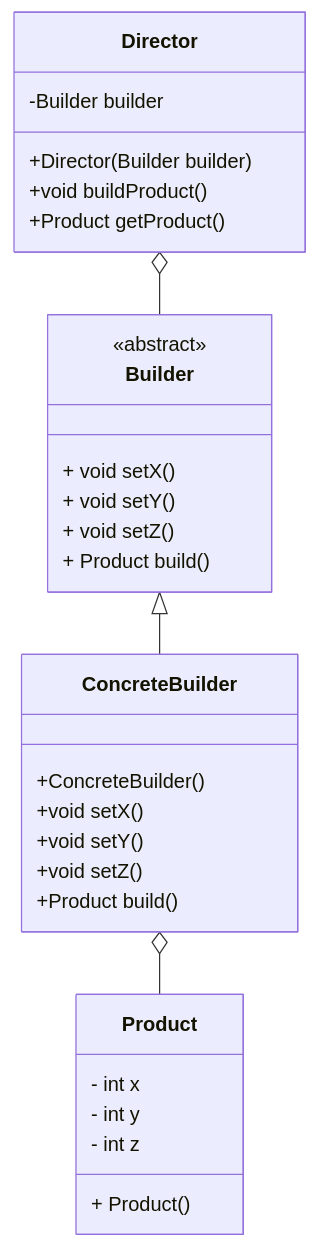
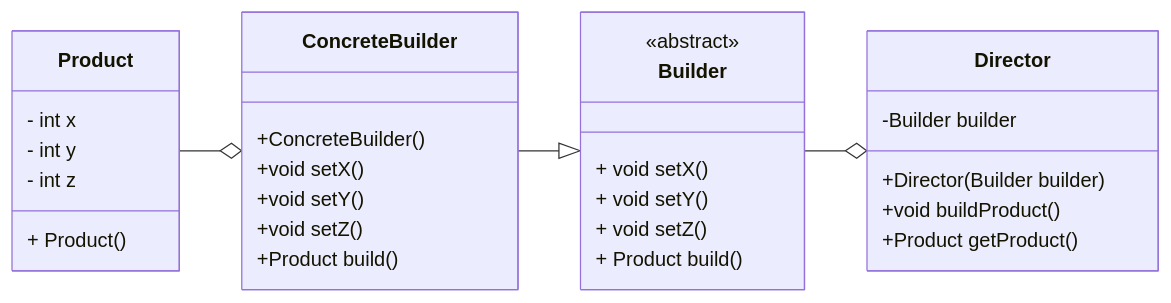
Before and after one commit to JasperLefever/DesignPatternsASDII: the diagram in Builder/Builder.md, drawn with Mermaid.

Commit message:
Wat is al da lawaaiier in mijnen melkherberg. mam man man

````diff
--- a/Builder/Builder.md
+++ b/Builder/Builder.md
@@ -39,32 +39,33 @@
 ```mermaid
 classDiagram
+   direction RL
    class Builder {
       <<abstract>>
       + void setX()
       + void setY()
       + void setZ()
       + Product build()
    }
    class Product {
       - int x
       - int y
       - int z
       + Product()
    }
    class ConcreteBuilder {
       +ConcreteBuilder()
       +void setX()
       +void setY()
       +void setZ()
       +Product build()
    }
    class Director {
       -Builder builder
       +Director(Builder builder)
       +void buildProduct()
       +Product getProduct()
    }
    Builder <|-- ConcreteBuilder
    ConcreteBuilder o-- Product
    Director o-- Builder
 ```
````
